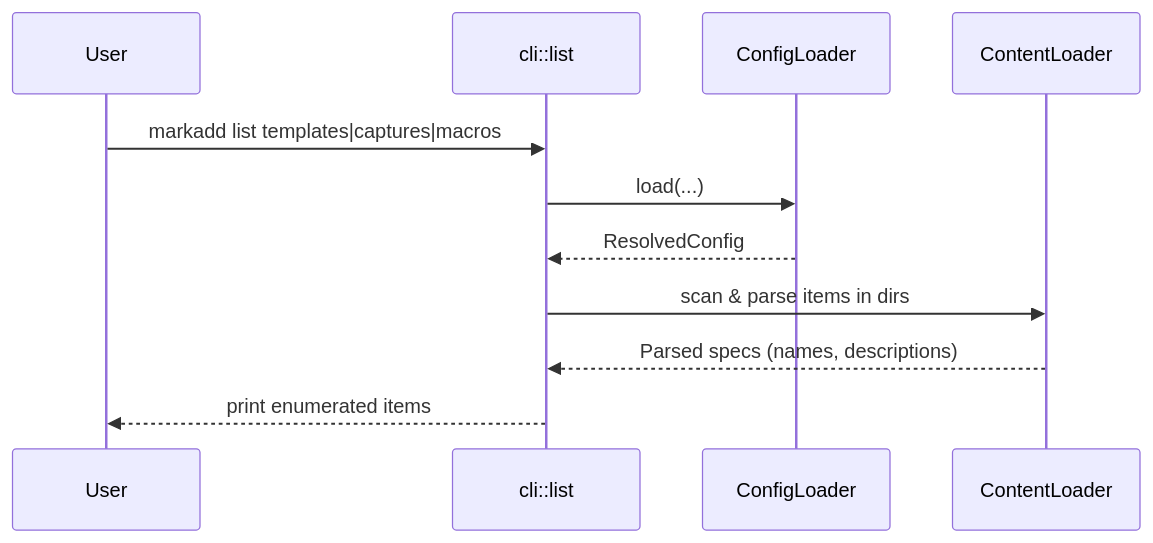
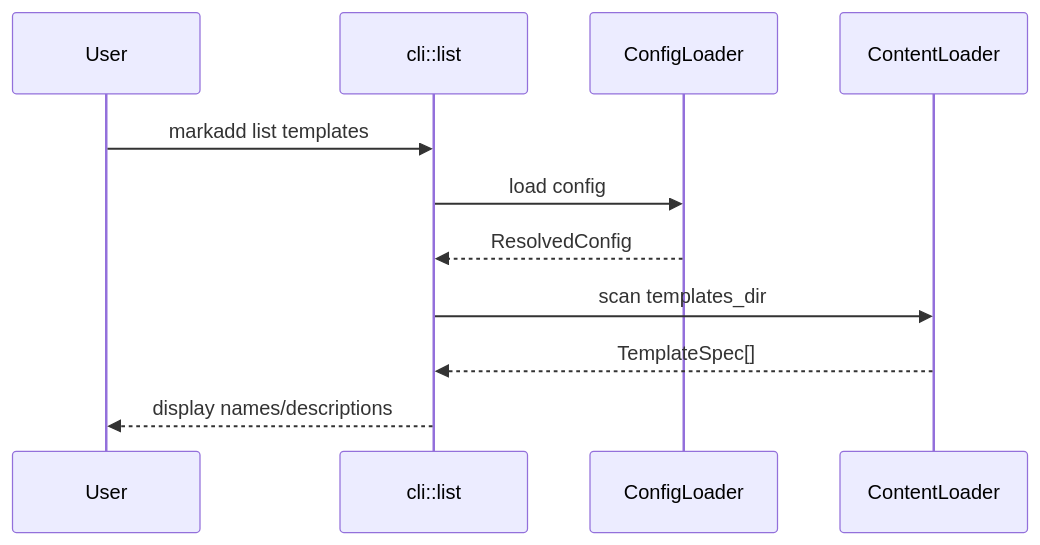
One commit to agustinvalencia/mdvault changed the sixth of 22 diagrams in docs/01_development_plan.md. Above: the diagram before and after it, drawn with Mermaid. The commit also changed other lines of this file and 1 other file, not shown here.

````diff
--- a/docs/01_development_plan.md
+++ b/docs/01_development_plan.md
@@ -161,13 +172,13 @@
 ```mermaid
 sequenceDiagram
   participant User
   participant CLI as cli::list
   participant CFG as ConfigLoader
   participant CTL as ContentLoader
-  User->>CLI: markadd list templates|captures|macros
-  CLI->>CFG: load(...)
+  User->>CLI: markadd list templates
+  CLI->>CFG: load config
   CFG-->>CLI: ResolvedConfig
-  CLI->>CTL: scan & parse items in dirs
-  CTL-->>CLI: Parsed specs (names, descriptions)
-  CLI-->>User: print enumerated items
+  CLI->>CTL: scan templates_dir
+  CTL-->>CLI: TemplateSpec[]
+  CLI-->>User: display names/descriptions
 ```
````
